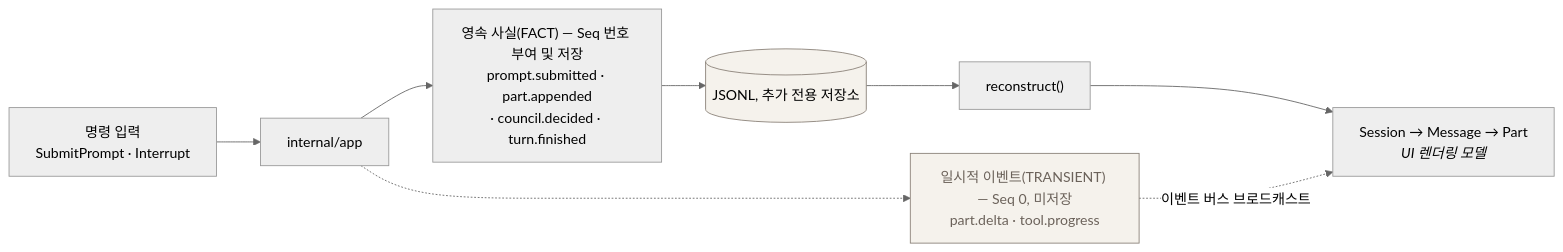
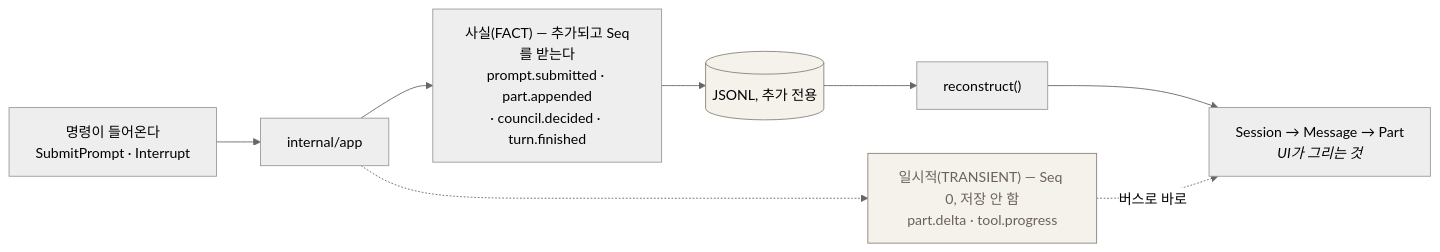
The third of 6 diagrams in docs/ARCHITECTURE.ko.md (sayaya1090/magi), drawn with Mermaid (neutral theme) before and after one commit. The commit also changed other lines of this file and 4 other files, not shown here.

````diff
--- a/docs/ARCHITECTURE.ko.md
+++ b/docs/ARCHITECTURE.ko.md
@@ -274,12 +326,12 @@
 ```mermaid
 flowchart LR
-    C["명령 입력<br/>SubmitPrompt · Interrupt"] --> APP[internal/app]
-    APP --> F["영속 사실(FACT) — Seq 번호 부여 및 저장<br/>prompt.submitted · part.appended<br/>· council.decided · turn.finished"]
-    APP -.-> T["일시적 이벤트(TRANSIENT) — Seq 0, 미저장<br/>part.delta · tool.progress"]
-    F --> LOG[("JSONL, 추가 전용 저장소")]
-    LOG --> RC["reconstruct()"] --> MSG["Session → Message → Part<br/><i>UI 렌더링 모델</i>"]
-    T -.->|이벤트 버스 브로드캐스트| MSG
+    C["명령이 들어온다<br/>SubmitPrompt · Interrupt"] --> APP[internal/app]
+    APP --> F["사실(FACT) — 추가되고 Seq를 받는다<br/>prompt.submitted · part.appended<br/>· council.decided · turn.finished"]
+    APP -.-> T["일시적(TRANSIENT) — Seq 0, 저장 안 함<br/>part.delta · tool.progress"]
+    F --> LOG[("JSONL, 추가 전용")]
+    LOG --> RC["reconstruct()"] --> MSG["Session → Message → Part<br/><i>UI가 그리는 것</i>"]
+    T -.->|버스로 바로| MSG
 
     style LOG fill:#f5f2ec,stroke:#8a8178
     style T fill:#f5f2ec,stroke:#8a8178,color:#6b625a
 ```
````
